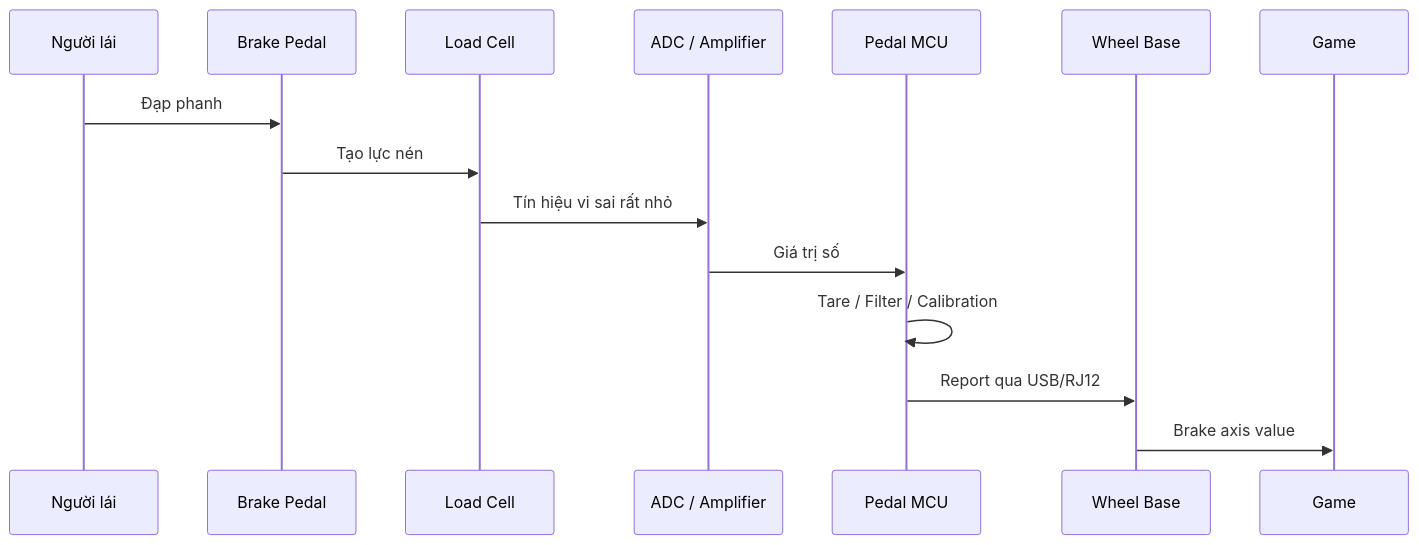
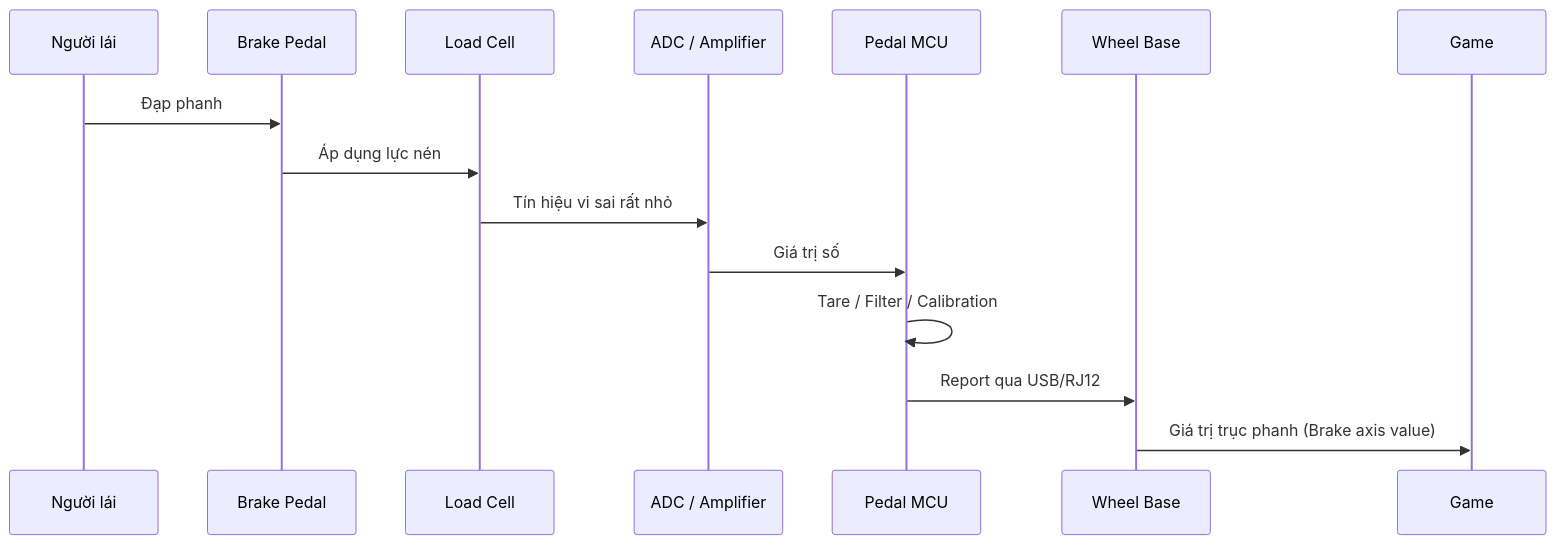
Before and after one commit to nguyentri/fanatec-wheel: the tenth of 11 diagrams in docs/studies/vn/sim_racing_knowledge_base.md, drawn with Mermaid. The commit also changed other lines of this file and 25 other files, not shown here.

````diff
--- a/docs/studies/vn/sim_racing_knowledge_base.md
+++ b/docs/studies/vn/sim_racing_knowledge_base.md
@@ -1426,18 +1454,18 @@
 ```mermaid
 sequenceDiagram
     participant Driver as Người lái
     participant Pedal as Brake Pedal
     participant LC as Load Cell
     participant ADC as ADC / Amplifier
     participant MCU as Pedal MCU
     participant Base as Wheel Base
     participant Game as Game
 
     Driver->>Pedal: Đạp phanh
-    Pedal->>LC: Tạo lực nén
+    Pedal->>LC: Áp dụng lực nén
     LC->>ADC: Tín hiệu vi sai rất nhỏ
     ADC->>MCU: Giá trị số
     MCU->>MCU: Tare / Filter / Calibration
     MCU->>Base: Report qua USB/RJ12
-    Base->>Game: Brake axis value
+    Base->>Game: Giá trị trục phanh (Brake axis value)
 ```
````
